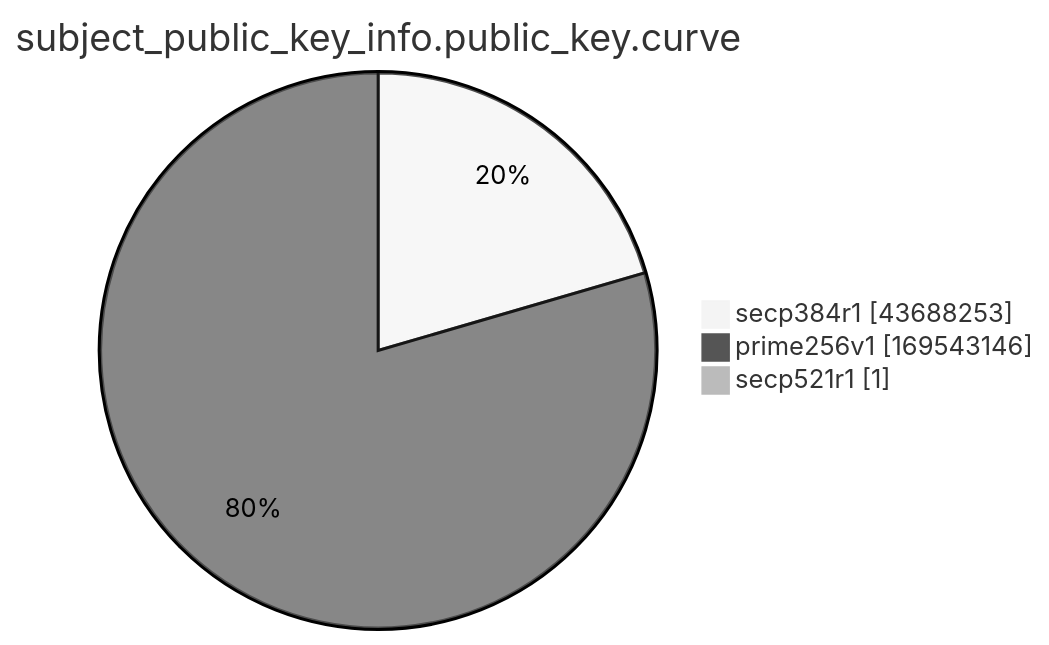
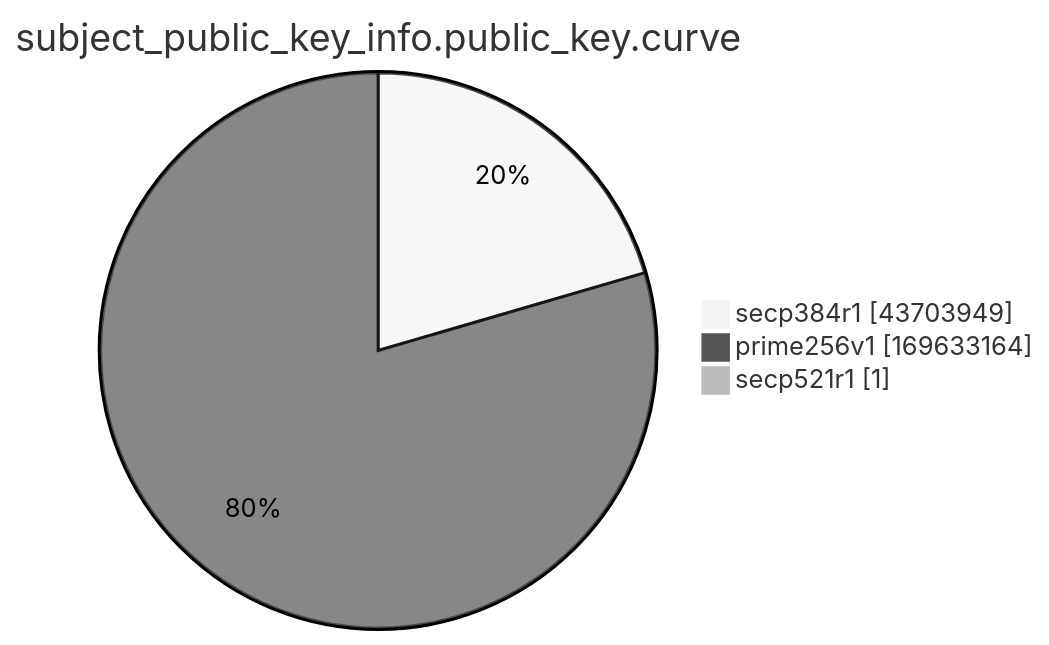
Before and after one commit to christiankrug/ctmonitor_visualization: the ninth of 15 diagrams in xenon2022/README.md, drawn with Mermaid (neutral theme). The commit also changed other lines of this file, not shown here.

````diff
--- a/xenon2022/README.md
+++ b/xenon2022/README.md
@@ -2871,7 +2871,7 @@
 ```mermaid
 pie showData
 title subject_public_key_info.public_key.curve
-"secp384r1" :43688253
-"prime256v1" :169543146
+"secp384r1" :43703949
+"prime256v1" :169633164
 "secp521r1" :1
 ```
````
